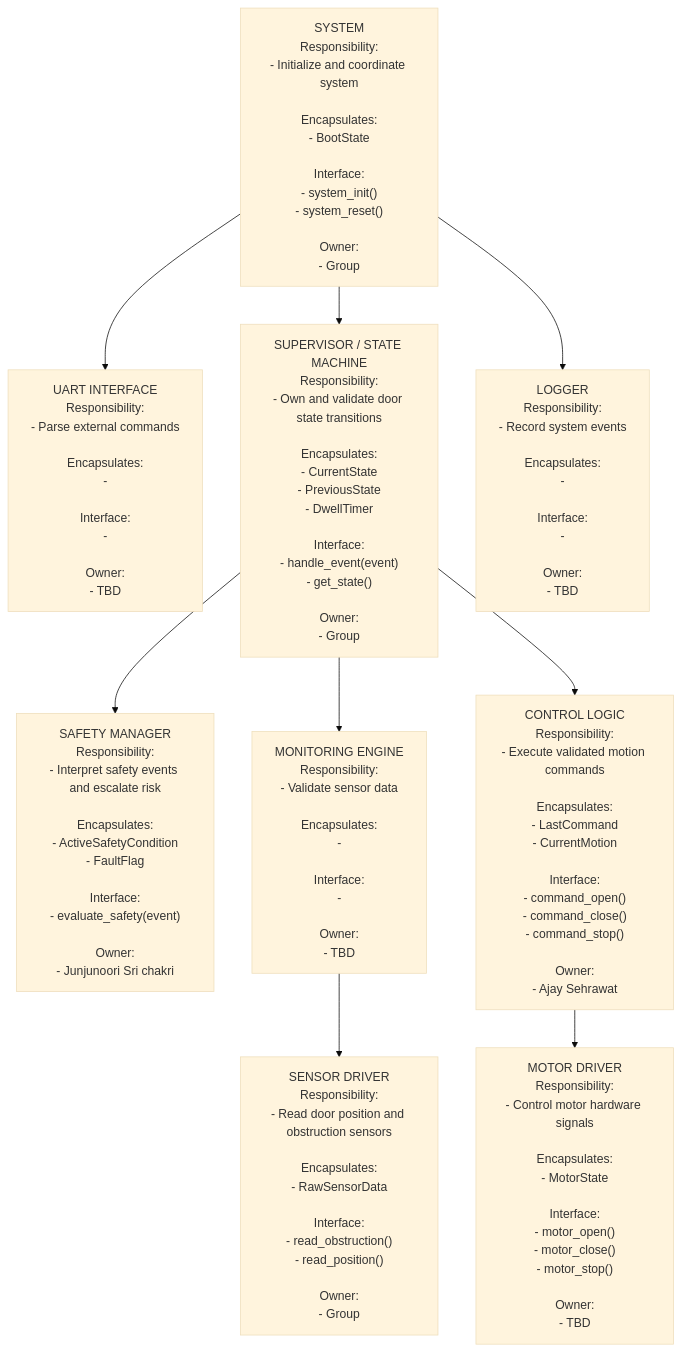
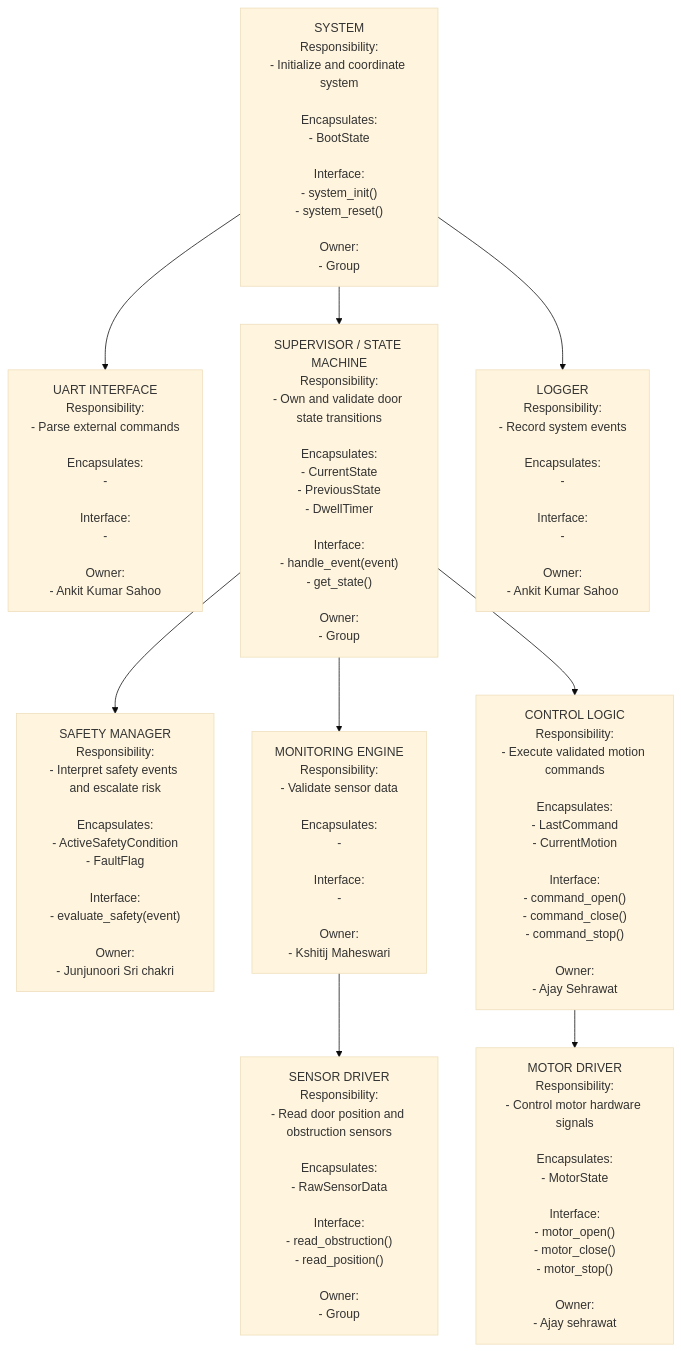
One commit to csg523/project-p7-elevator-door changed the diagram in docs/sections/architecture.md. Above: the diagram before and after it, drawn with Mermaid (base theme).

Commit message:
Updated tasks split

```diff
--- a/docs/sections/architecture.md
+++ b/docs/sections/architecture.md
@@ -29,7 +29,7 @@
 - <parse_frame()>
 
 Owner:
-- TBD
+- Ankit Kumar Sahoo
 "]
 
 System --> Supervisor["SUPERVISOR / STATE MACHINE
@@ -60,7 +60,7 @@
 - <log_event()>
 
 Owner:
-- TBD
+- Ankit Kumar Sahoo
 "]
 
 Supervisor --> Safety["SAFETY MANAGER
@@ -89,7 +89,7 @@
 - <detect_anomaly()>
 
 Owner:
-- TBD
+- Kshitij Maheswari
 "]
 
 Supervisor --> Control["CONTROL LOGIC
@@ -122,7 +122,7 @@
 - motor_stop()
 
 Owner:
-- TBD
+- Ajay sehrawat
 "]
 
 Monitoring --> SensorDriver["SENSOR DRIVER
```
